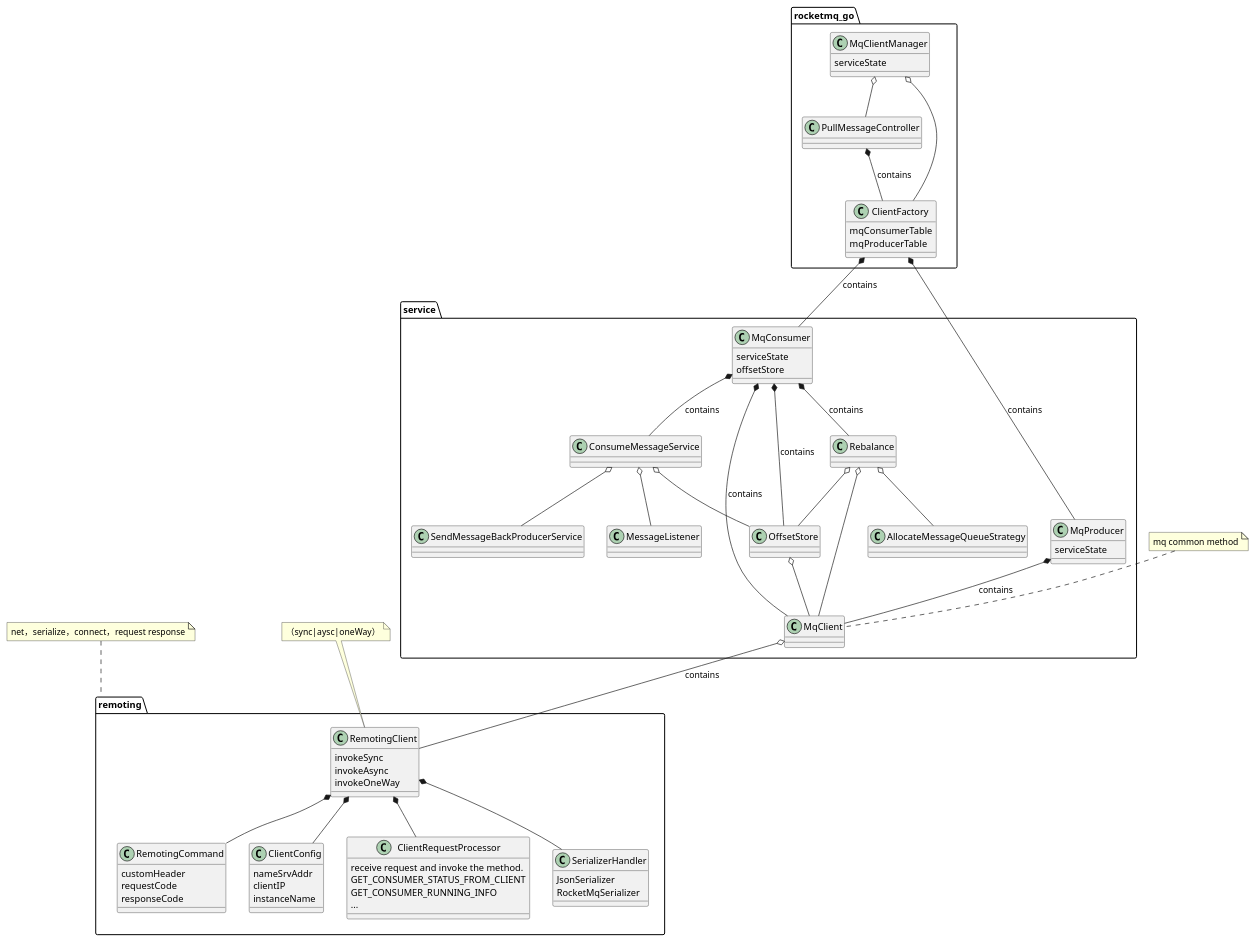
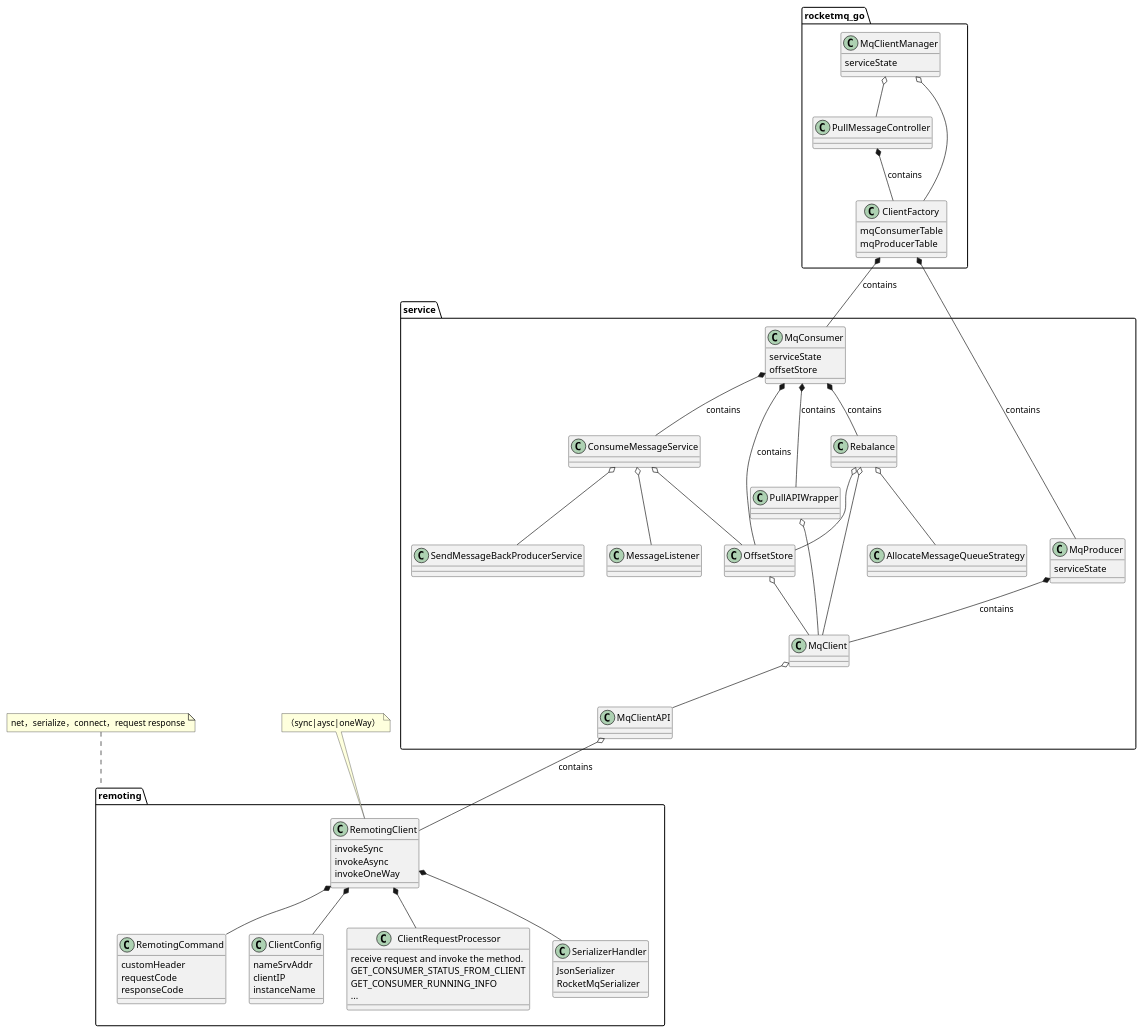
One commit to apache/rocketmq-externals changed the diagram in rocketmq-go/docs/package.puml. Above: the diagram before and after it, drawn with PlantUML. The commit also changed 2 other files, not shown here.

Commit message:
split MqClient into (MqClient/MqClientAPI/PullAPIWrapper)

```diff
--- a/rocketmq-go/docs/package.puml
+++ b/rocketmq-go/docs/package.puml
@@ -1,98 +1,100 @@
 @startuml
 
 
 class rocketmq_go.MqClientManager{
 serviceState
 }
 class rocketmq_go.PullMessageController{
 
 }
 class service.AllocateMessageQueueStrategy{
 }
 class rocketmq_go.ClientFactory{
 mqConsumerTable
 mqProducerTable
 }
 class service.MqConsumer{
 serviceState
 offsetStore
 }
 class service.MqProducer{
 serviceState
  }
  class service.MqClient{
 
  }
  class service.MessageListener{
  }
   class remoting.RemotingClient{
    invokeSync
    invokeAsync
    invokeOneWay
   }
  class remoting.RemotingCommand{
   customHeader
   requestCode
   responseCode
  }
   class remoting.ClientConfig{
    nameSrvAddr
    clientIP
    instanceName
   }
   class remoting.ClientRequestProcessor{
      receive request and invoke the method.
      GET_CONSUMER_STATUS_FROM_CLIENT
      GET_CONSUMER_RUNNING_INFO
      ...
     }
     class remoting.SerializerHandler{
        JsonSerializer
        RocketMqSerializer
     }
 
 
 namespace service{
 
 
 rocketmq_go.PullMessageController *-- rocketmq_go.ClientFactory:contains
 rocketmq_go.ClientFactory *-- MqProducer:contains
 rocketmq_go.ClientFactory *-- MqConsumer:contains
 MqProducer *-- service.MqClient :contains
-MqConsumer *-- service.MqClient : contains
+MqConsumer *-- service.PullAPIWrapper : contains
 MqConsumer *-- service.OffsetStore : contains
 MqConsumer *-- service.Rebalance : contains
 MqConsumer *-- service.ConsumeMessageService : contains
 
 }
 
 namespace service{
-    MqClient o-- remoting.RemotingClient:contains
+    MqClientAPI o-- remoting.RemotingClient:contains
     OffsetStore o-- MqClient
+    PullAPIWrapper o-- MqClient
+    MqClient o-- MqClientAPI
     Rebalance o-- MqClient
     Rebalance o-- OffsetStore
     Rebalance o-- AllocateMessageQueueStrategy
     ConsumeMessageService o-- SendMessageBackProducerService
     ConsumeMessageService o-- OffsetStore
     ConsumeMessageService o-- MessageListener
 }
 
 namespace remoting {
   RemotingClient  *-- RemotingCommand
   RemotingClient *-- ClientConfig
     RemotingClient  *-- ClientRequestProcessor
     RemotingClient *-- SerializerHandler
 
 
 }
 
 namespace rocketmq_go{
     MqClientManager o-- PullMessageController
     MqClientManager o-- ClientFactory
 }
 
 
 note top of remoting.RemotingClient :（sync|aysc|oneWay）
 note top of remoting :net，serialize，connect，request response
-note top of service.MqClient :mq common method
+
 @enduml
```
